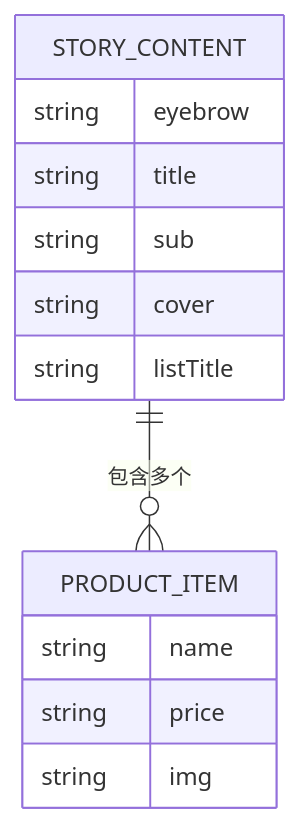
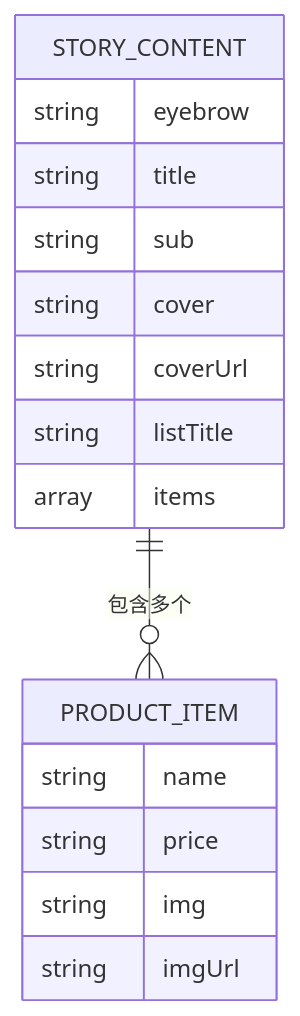
Before and after one commit to billye220670/newSquare: the third of 14 diagrams in .qoder/repowiki/zh/content/内容卡片系统/单品故事卡片.md, drawn with Mermaid. The commit also changed other lines of this file and 7 other files, not shown here.

````diff
--- a/.qoder/repowiki/zh/content/内容卡片系统/单品故事卡片.md
+++ b/.qoder/repowiki/zh/content/内容卡片系统/单品故事卡片.md
@@ -116,16 +156,19 @@
 ```mermaid
 erDiagram
 STORY_CONTENT {
 string eyebrow
 string title
 string sub
 string cover
+string coverUrl
 string listTitle
+array items
 }
 PRODUCT_ITEM {
 string name
 string price
 string img
+string imgUrl
 }
 STORY_CONTENT ||--o{ PRODUCT_ITEM : "包含多个"
 ```
````
